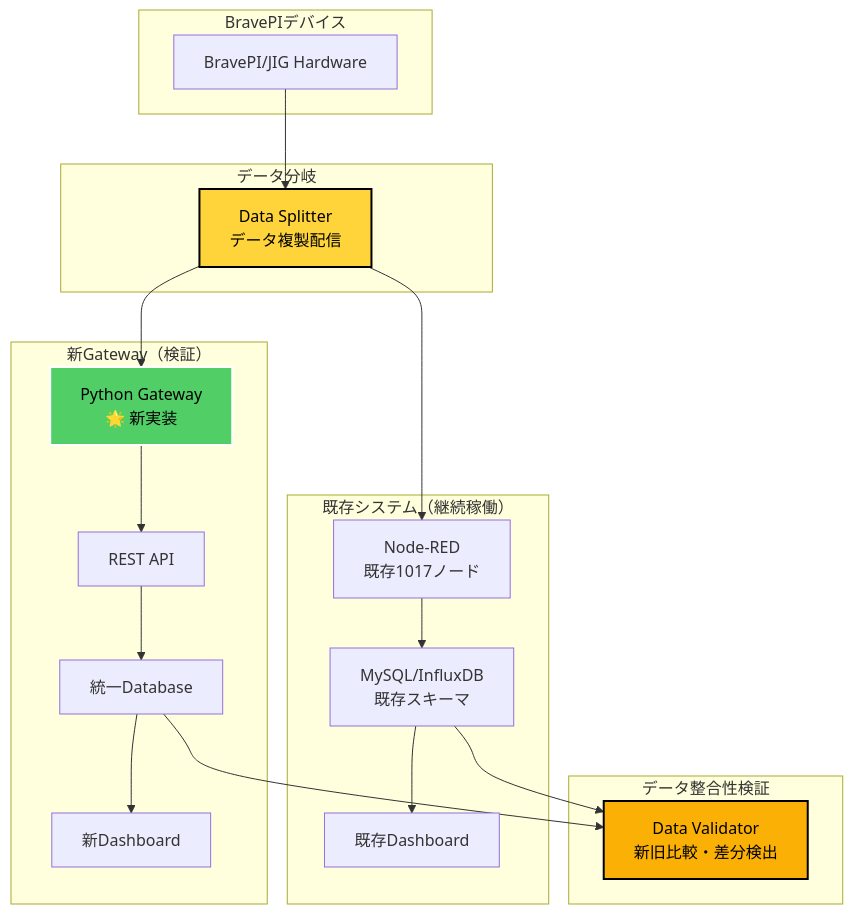
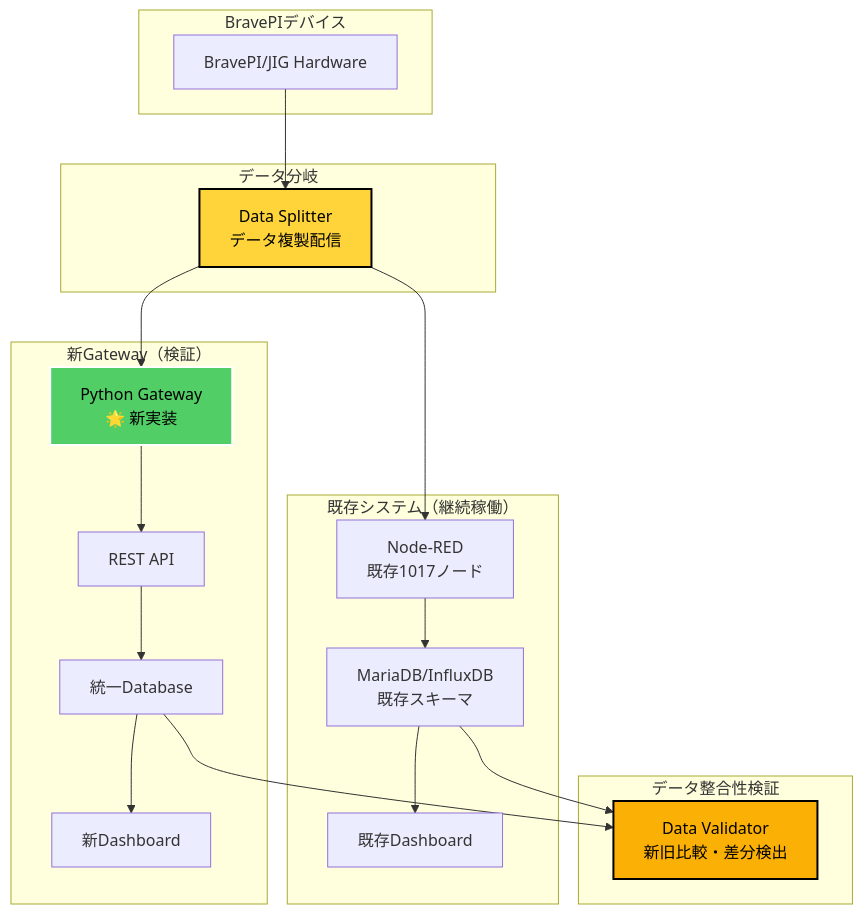
Before and after one commit to w-pinkietech/iot4-copy: diagram 12 of 14 in docs/new-system/architecture/system-overview-diagrams.md, drawn with Mermaid. The commit also changed other lines of this file, not shown here.

First line of the commit message:
docs: Correct database references from MySQL to MariaDB in system diagrams

````diff
--- a/docs/new-system/architecture/system-overview-diagrams.md
+++ b/docs/new-system/architecture/system-overview-diagrams.md
@@ -424,41 +424,41 @@
 ```mermaid
 graph TB
     subgraph "BravePIデバイス"
         BPI[BravePI/JIG Hardware]
     end
     
     subgraph "データ分岐"
         SPLIT[Data Splitter<br/>データ複製配信]
     end
     
     subgraph "既存システム（継続稼働）"
         OLD_NR[Node-RED<br/>既存1017ノード]
-        OLD_DB[MySQL/InfluxDB<br/>既存スキーマ]
+        OLD_DB[MariaDB/InfluxDB<br/>既存スキーマ]
         OLD_UI[既存Dashboard]
     end
     
     subgraph "新Gateway（検証）"
         NEW_GW[Python Gateway<br/>🌟 新実装]
         NEW_API[REST API]
         NEW_DB[統一Database]
         NEW_UI[新Dashboard]
     end
     
     subgraph "データ整合性検証"
         VALIDATOR[Data Validator<br/>新旧比較・差分検出]
     end
     
     BPI --> SPLIT
     SPLIT --> OLD_NR
     SPLIT --> NEW_GW
     
     OLD_NR --> OLD_DB --> OLD_UI
     NEW_GW --> NEW_API --> NEW_DB --> NEW_UI
     
     OLD_DB --> VALIDATOR
     NEW_DB --> VALIDATOR
     
     style NEW_GW fill:#51cf66,stroke:#fff,stroke-width:2px,color:#000
     style VALIDATOR fill:#fab005,stroke:#000,stroke-width:2px,color:#000
     style SPLIT fill:#ffd43b,stroke:#000,stroke-width:2px,color:#000
 ```
````
